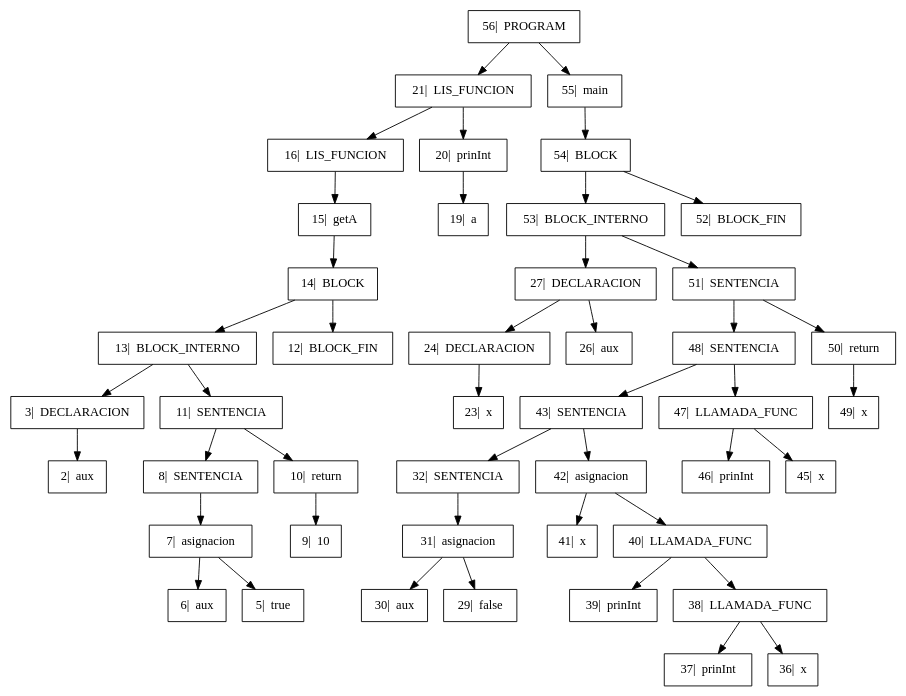
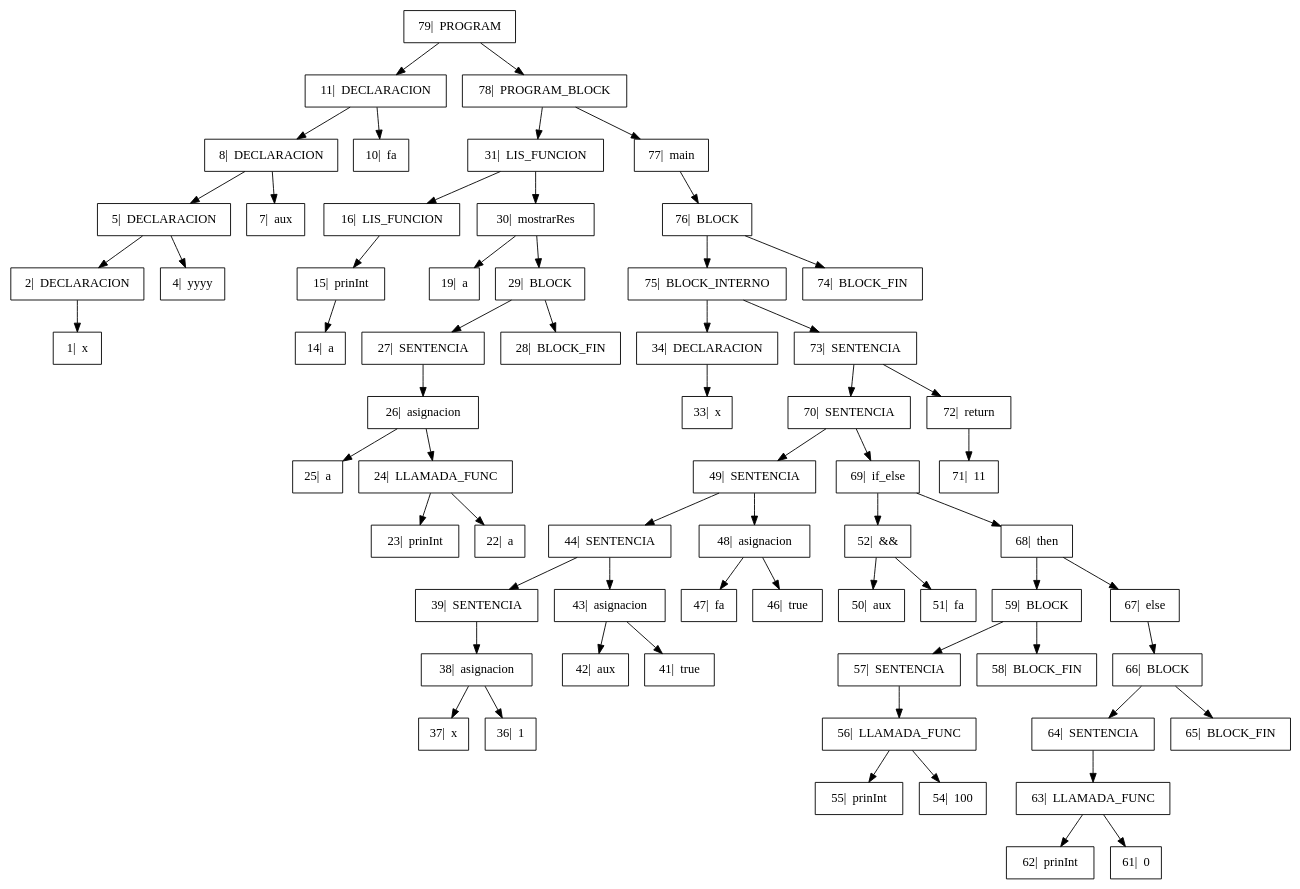
Before and after one commit to GiovA07/PRE-PROYECTO-COMPILADORES: the diagram in Proyecto/output/Arbol.dot, drawn with Graphviz. The commit also changed 5 other files, not shown here.

```diff
--- a/Proyecto/output/Arbol.dot
+++ b/Proyecto/output/Arbol.dot
@@ -1,33 +1,43 @@
 digraph{
 
 rankdir=TB;
 
 node[shape=box];
-"56|  PROGRAM" -> "21|  LIS_FUNCION", "55|  main";
-"21|  LIS_FUNCION" -> "16|  LIS_FUNCION", "20|  prinInt";
-"16|  LIS_FUNCION" -> "15|  getA" ;
-"15|  getA" -> "14|  BLOCK" ;
-"14|  BLOCK" -> "13|  BLOCK_INTERNO", "12|  BLOCK_FIN";
-"13|  BLOCK_INTERNO" -> "3|  DECLARACION", "11|  SENTENCIA";
-"3|  DECLARACION" -> "2|  aux" ;
-"11|  SENTENCIA" -> "8|  SENTENCIA", "10|  return";
-"8|  SENTENCIA" -> "7|  asignacion" ;
-"7|  asignacion" -> "6|  aux", "5|  true";
-"10|  return" -> "9|  10" ;
-"20|  prinInt" -> "19|  a" ;
-"55|  main" -> "54|  BLOCK" ;
-"54|  BLOCK" -> "53|  BLOCK_INTERNO", "52|  BLOCK_FIN";
-"53|  BLOCK_INTERNO" -> "27|  DECLARACION", "51|  SENTENCIA";
-"27|  DECLARACION" -> "24|  DECLARACION", "26|  aux";
-"24|  DECLARACION" -> "23|  x" ;
-"51|  SENTENCIA" -> "48|  SENTENCIA", "50|  return";
-"48|  SENTENCIA" -> "43|  SENTENCIA", "47|  LLAMADA_FUNC";
-"43|  SENTENCIA" -> "32|  SENTENCIA", "42|  asignacion";
-"32|  SENTENCIA" -> "31|  asignacion" ;
-"31|  asignacion" -> "30|  aux", "29|  false";
-"42|  asignacion" -> "41|  x", "40|  LLAMADA_FUNC";
-"40|  LLAMADA_FUNC" -> "39|  prinInt", "38|  LLAMADA_FUNC";
-"38|  LLAMADA_FUNC" -> "37|  prinInt", "36|  x";
-"47|  LLAMADA_FUNC" -> "46|  prinInt", "45|  x";
-"50|  return" -> "49|  x" ;
+"79|  PROGRAM" -> "11|  DECLARACION", "78|  PROGRAM_BLOCK";
+"11|  DECLARACION" -> "8|  DECLARACION", "10|  fa";
+"8|  DECLARACION" -> "5|  DECLARACION", "7|  aux";
+"5|  DECLARACION" -> "2|  DECLARACION", "4|  yyyy";
+"2|  DECLARACION" -> "1|  x" ;
+"78|  PROGRAM_BLOCK" -> "31|  LIS_FUNCION", "77|  main";
+"31|  LIS_FUNCION" -> "16|  LIS_FUNCION", "30|  mostrarRes";
+"16|  LIS_FUNCION" -> "15|  prinInt" ;
+"15|  prinInt" -> "14|  a" ;
+"30|  mostrarRes" -> "19|  a", "29|  BLOCK";
+"29|  BLOCK" -> "27|  SENTENCIA", "28|  BLOCK_FIN";
+"27|  SENTENCIA" -> "26|  asignacion" ;
+"26|  asignacion" -> "25|  a", "24|  LLAMADA_FUNC";
+"24|  LLAMADA_FUNC" -> "23|  prinInt", "22|  a";
+"77|  main" -> "76|  BLOCK" ;
+"76|  BLOCK" -> "75|  BLOCK_INTERNO", "74|  BLOCK_FIN";
+"75|  BLOCK_INTERNO" -> "34|  DECLARACION", "73|  SENTENCIA";
+"34|  DECLARACION" -> "33|  x" ;
+"73|  SENTENCIA" -> "70|  SENTENCIA", "72|  return";
+"70|  SENTENCIA" -> "49|  SENTENCIA", "69|  if_else";
+"49|  SENTENCIA" -> "44|  SENTENCIA", "48|  asignacion";
+"44|  SENTENCIA" -> "39|  SENTENCIA", "43|  asignacion";
+"39|  SENTENCIA" -> "38|  asignacion" ;
+"38|  asignacion" -> "37|  x", "36|  1";
+"43|  asignacion" -> "42|  aux", "41|  true";
+"48|  asignacion" -> "47|  fa", "46|  true";
+"69|  if_else" -> "52|  &&", "68|  then";
+"52|  &&" -> "50|  aux", "51|  fa";
+"68|  then" -> "59|  BLOCK", "67|  else";
+"59|  BLOCK" -> "57|  SENTENCIA", "58|  BLOCK_FIN";
+"57|  SENTENCIA" -> "56|  LLAMADA_FUNC" ;
+"56|  LLAMADA_FUNC" -> "55|  prinInt", "54|  100";
+"67|  else" -> "66|  BLOCK" ;
+"66|  BLOCK" -> "64|  SENTENCIA", "65|  BLOCK_FIN";
+"64|  SENTENCIA" -> "63|  LLAMADA_FUNC" ;
+"63|  LLAMADA_FUNC" -> "62|  prinInt", "61|  0";
+"72|  return" -> "71|  11" ;
 }
```
